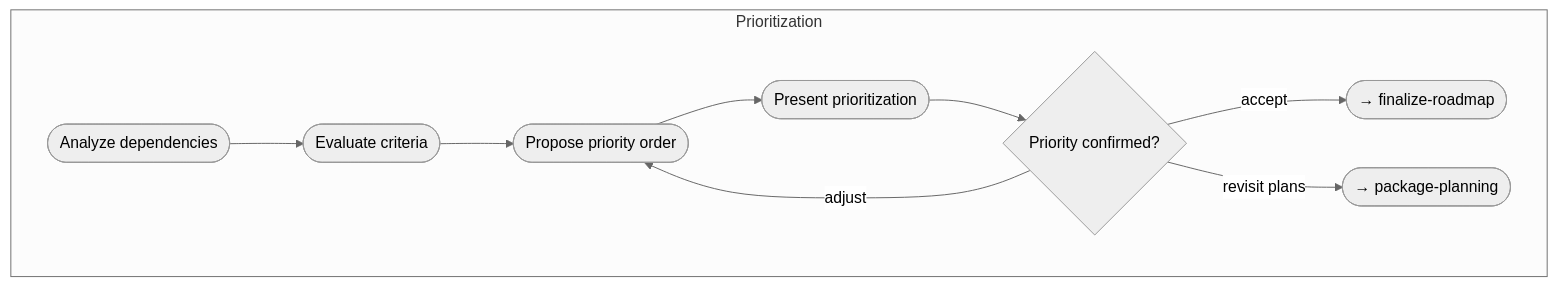
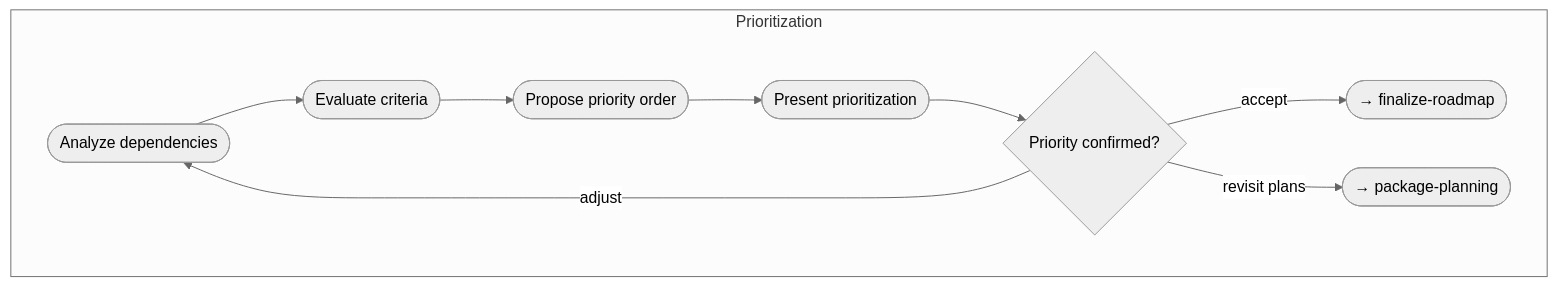
The sixth of 8 diagrams in work-packages/README.md (m2ux/workflow-server), drawn with Mermaid (neutral theme) before and after one commit. The commit also changed other lines of this file and 16 other files, not shown here.

First line of the commit message:
docs: eliminate prose + mermaid staleness in migrated workflow READMEs

````diff
--- a/work-packages/README.md
+++ b/work-packages/README.md
@@ -203,15 +203,15 @@
 ```mermaid
 graph TD
     subgraph prioritization[Prioritization]
         r1([Analyze dependencies])
         r2([Evaluate criteria])
         r3([Propose priority order])
         r4([Present prioritization])
         cp1{Priority confirmed?}
         
         r1 --> r2 --> r3 --> r4 --> cp1
         cp1 -->|accept| Next([→ finalize-roadmap])
-        cp1 -->|adjust| r3
+        cp1 -->|adjust| r1
         cp1 -->|revisit plans| Back([→ package-planning])
     end
 ```
````
